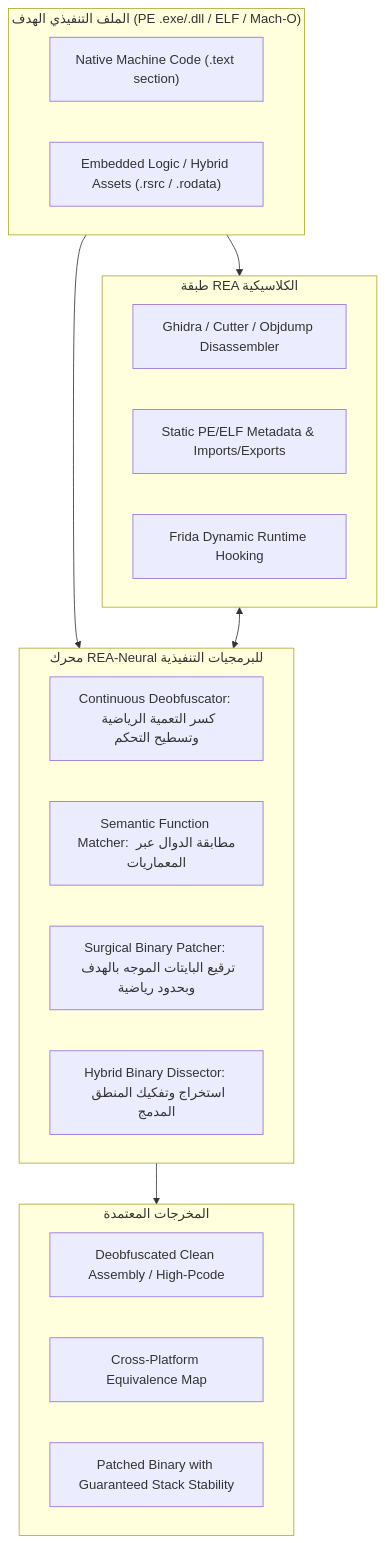
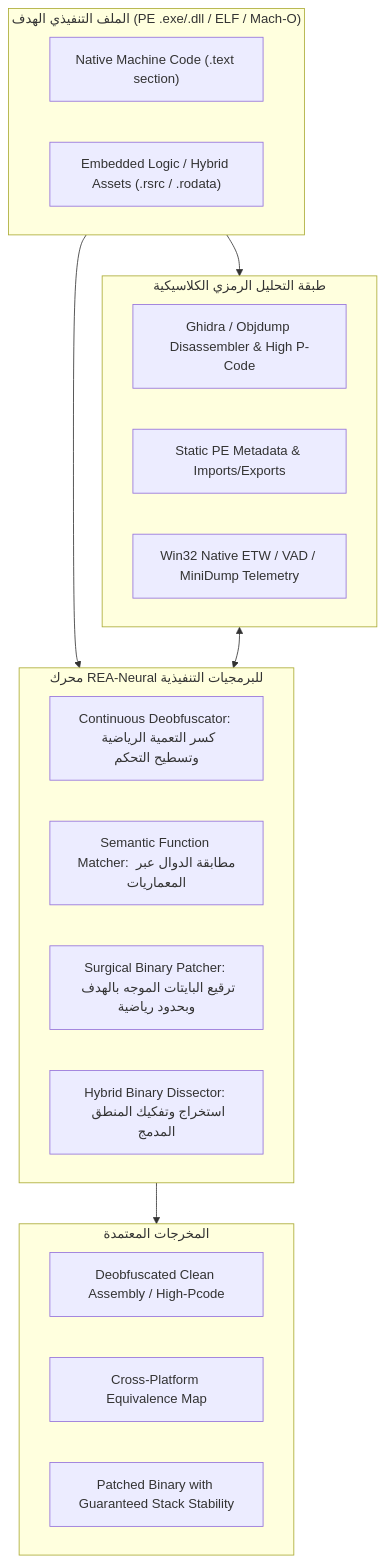
The diagram in docs/architecture.md (bio-colab/bintra), drawn with Mermaid before and after one commit. The commit also changed other lines of this file and 4 other files, not shown here.

Commit message:
docs(metadata): remove inaccurate REA fork references across docs and packaging

````diff
--- a/docs/architecture.md
+++ b/docs/architecture.md
@@ -32,31 +32,31 @@
 ```mermaid
 graph TD
     subgraph InputBinary["الملف التنفيذي الهدف (PE .exe/.dll / ELF / Mach-O)"]
         B1["Native Machine Code (.text section)"]
         B2["Embedded Logic / Hybrid Assets (.rsrc / .rodata)"]
     end
 
-    subgraph ClassicalREA["طبقة REA الكلاسيكية"]
-        R1["Ghidra / Cutter / Objdump Disassembler"]
-        R2["Static PE/ELF Metadata & Imports/Exports"]
-        R3["Frida Dynamic Runtime Hooking"]
+    subgraph ClassicalSymbolic["طبقة التحليل الرمزي الكلاسيكية"]
+        R1["Ghidra / Objdump Disassembler & High P-Code"]
+        R2["Static PE Metadata & Imports/Exports"]
+        R3["Win32 Native ETW / VAD / MiniDump Telemetry"]
     end
 
     subgraph NeuralBinaryCore["محرك REA-Neural للبرمجيات التنفيذية"]
         N1["Continuous Deobfuscator: كسر التعمية الرياضية وتسطيح التحكم"]
         N2["Semantic Function Matcher: مطابقة الدوال عبر المعماريات"]
         N3["Surgical Binary Patcher: ترقيع البايتات الموجه بالهدف وبحدود رياضية"]
         N4["Hybrid Binary Dissector: استخراج وتفكيك المنطق المدمج"]
     end
 
     subgraph VerifiedOutput["المخرجات المعتمدة"]
         O1["Deobfuscated Clean Assembly / High-Pcode"]
         O2["Cross-Platform Equivalence Map"]
         O3["Patched Binary with Guaranteed Stack Stability"]
     end
 
-    InputBinary --> ClassicalREA
+    InputBinary --> ClassicalSymbolic
     InputBinary --> NeuralBinaryCore
-    ClassicalREA <--> NeuralBinaryCore
+    ClassicalSymbolic <--> NeuralBinaryCore
     NeuralBinaryCore --> VerifiedOutput
 ```
````
